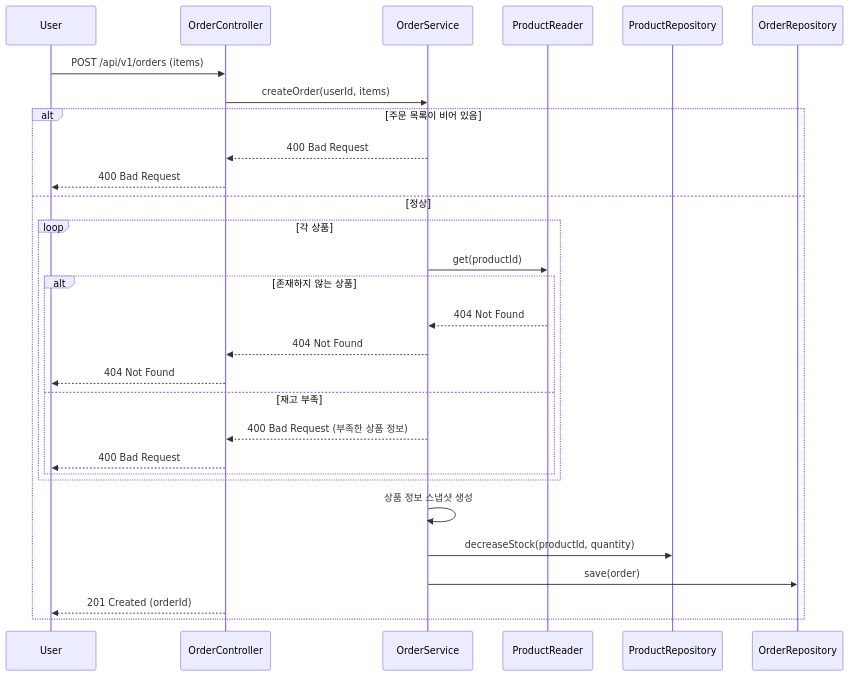
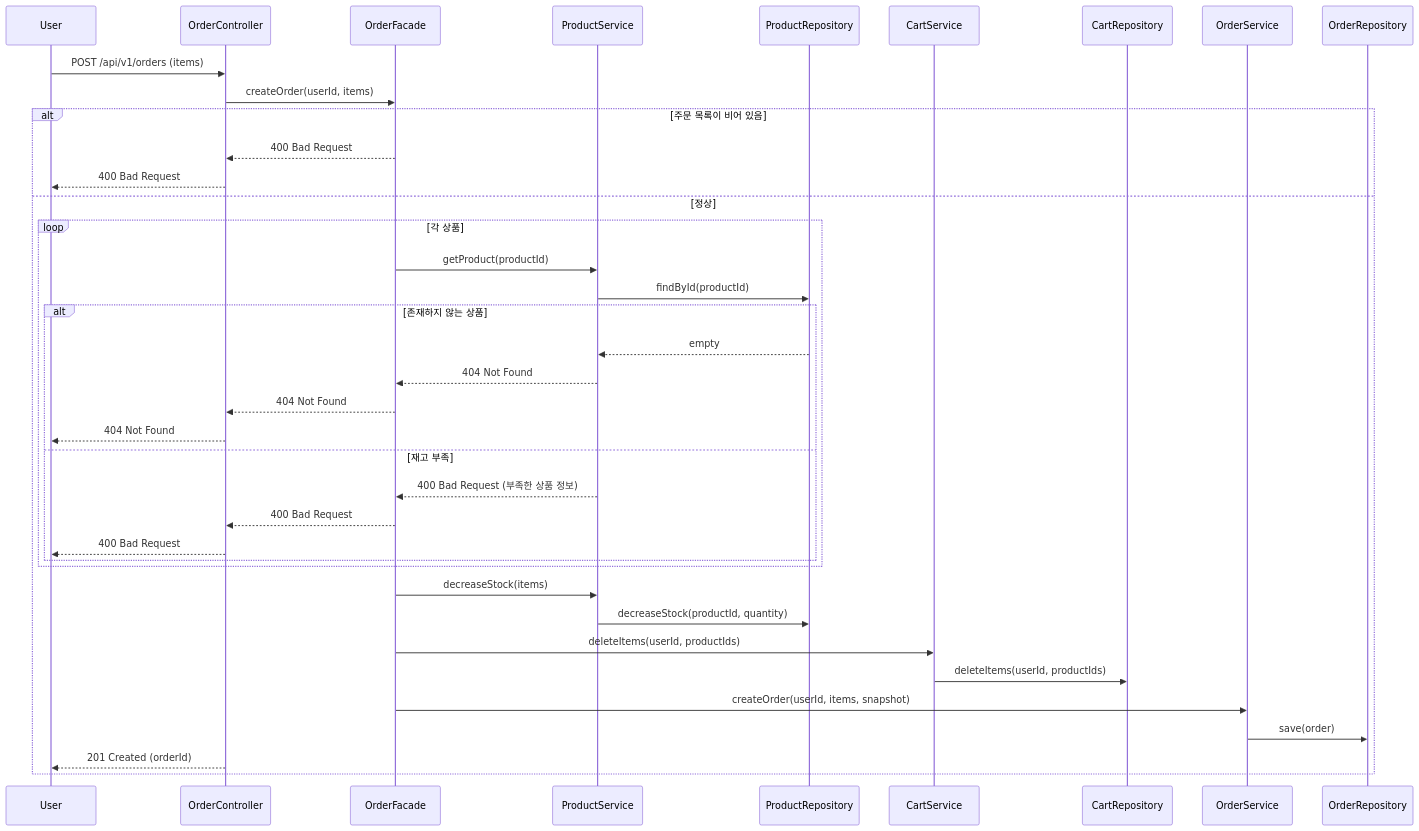
One commit to loopers-labs/loop-pack-be-l2-vol4-java changed diagram 19 of 33 in .docs/design/sequence-diagrams.md. Above: the diagram before and after it, drawn with Mermaid. The commit also changed other lines of this file, not shown here.

Commit message:
fix: 시퀀스 다이어그램 파사드 추가

````diff
--- a/.docs/design/sequence-diagrams.md
+++ b/.docs/design/sequence-diagrams.md
@@ -507,33 +568,42 @@
 ```mermaid
 sequenceDiagram
     participant User
     participant OrderController
+    participant OrderFacade
+    participant ProductService
+    participant ProductRepository
+    participant CartService
+    participant CartRepository
     participant OrderService
-    participant ProductReader
-    participant ProductRepository
     participant OrderRepository
 
     User->>OrderController: POST /api/v1/orders (items)
-    OrderController->>OrderService: createOrder(userId, items)
+    OrderController->>OrderFacade: createOrder(userId, items)
 
     alt 주문 목록이 비어 있음
-        OrderService-->>OrderController: 400 Bad Request
+        OrderFacade-->>OrderController: 400 Bad Request
         OrderController-->>User: 400 Bad Request
     else 정상
         loop 각 상품
-            OrderService->>ProductReader: get(productId)
+            OrderFacade->>ProductService: getProduct(productId)
+            ProductService->>ProductRepository: findById(productId)
             alt 존재하지 않는 상품
-                ProductReader-->>OrderService: 404 Not Found
-                OrderService-->>OrderController: 404 Not Found
+                ProductRepository-->>ProductService: empty
+                ProductService-->>OrderFacade: 404 Not Found
+                OrderFacade-->>OrderController: 404 Not Found
                 OrderController-->>User: 404 Not Found
             else 재고 부족
-                OrderService-->>OrderController: 400 Bad Request (부족한 상품 정보)
+                ProductService-->>OrderFacade: 400 Bad Request (부족한 상품 정보)
+                OrderFacade-->>OrderController: 400 Bad Request
                 OrderController-->>User: 400 Bad Request
             end
         end
-        OrderService->>OrderService: 상품 정보 스냅샷 생성
-        OrderService->>ProductRepository: decreaseStock(productId, quantity)
+        OrderFacade->>ProductService: decreaseStock(items)
+        ProductService->>ProductRepository: decreaseStock(productId, quantity)
+        OrderFacade->>CartService: deleteItems(userId, productIds)
+        CartService->>CartRepository: deleteItems(userId, productIds)
+        OrderFacade->>OrderService: createOrder(userId, items, snapshot)
         OrderService->>OrderRepository: save(order)
         OrderController-->>User: 201 Created (orderId)
     end
 ```
````
